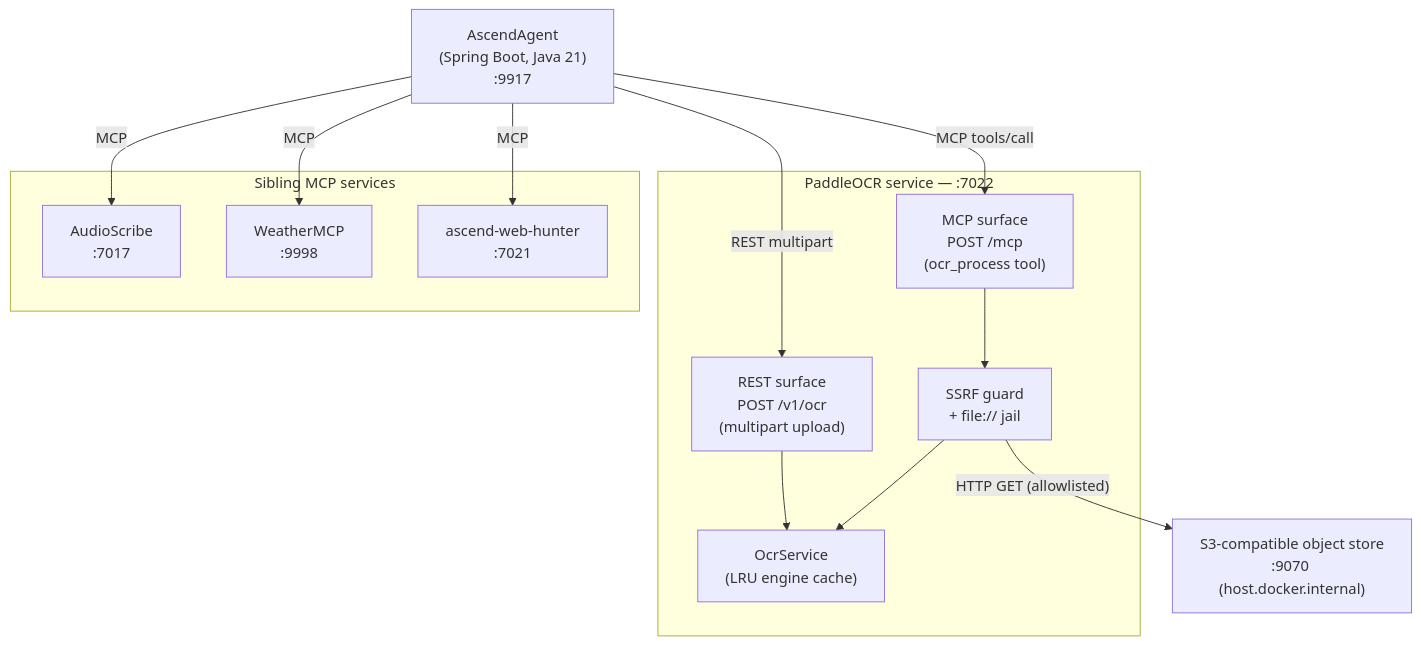
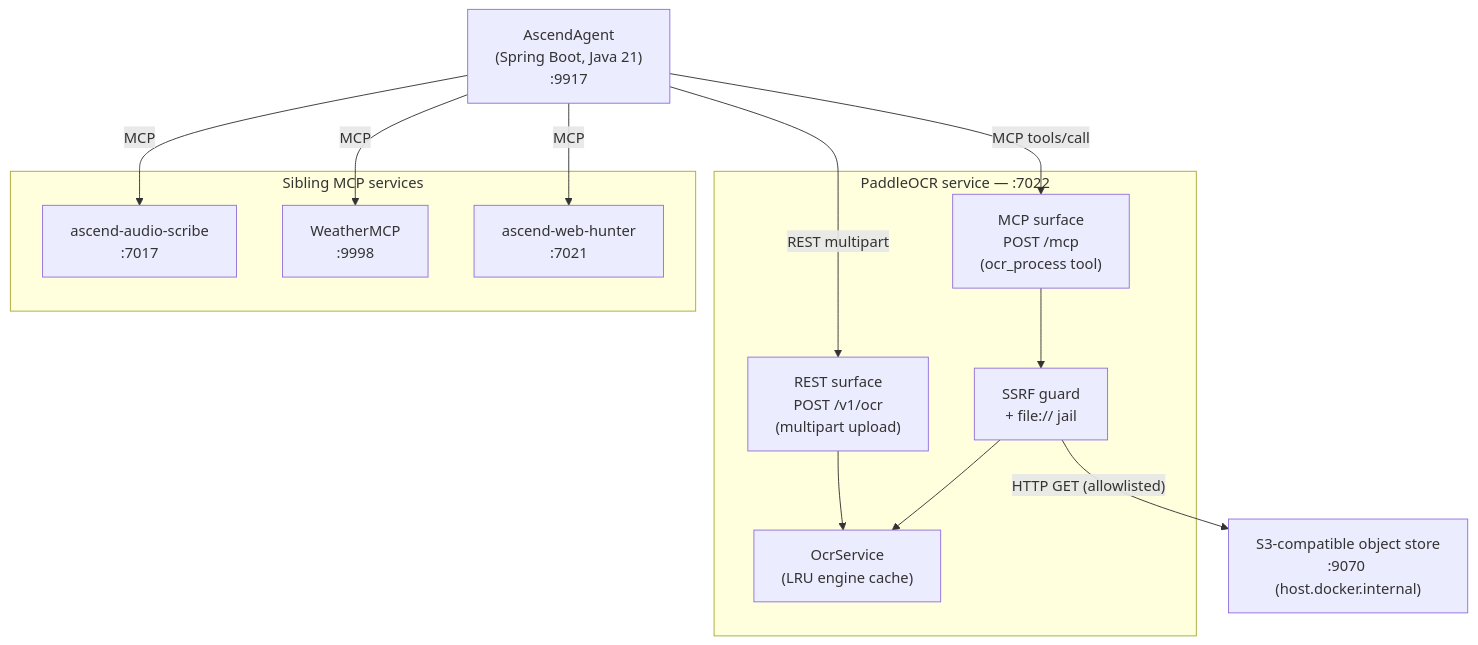
Before and after one commit to Lukk17/AscendAI: the first of 2 diagrams in PaddleOCR/docs/architecture/diagrams/container-diagram.md, drawn with Mermaid. The commit also changed 218 other files, not shown here.

````diff
--- a/PaddleOCR/docs/architecture/diagrams/container-diagram.md
+++ b/PaddleOCR/docs/architecture/diagrams/container-diagram.md
@@ -7,31 +7,31 @@
 ```mermaid
 graph TB
     accTitle: PaddleOCR C4 Container Diagram
     accDescr: Shows PaddleOCR's position in the AscendAI platform, its callers, and its downstream dependencies.
 
     Agent["AscendAgent<br/>(Spring Boot, Java 21)<br/>:9917"]
     ObjectStore["S3-compatible object store<br/>:9070 (host.docker.internal)"]
 
     subgraph "PaddleOCR service — :7022"
         REST["REST surface<br/>POST /v1/ocr<br/>(multipart upload)"]
         MCP["MCP surface<br/>POST /mcp<br/>(ocr_process tool)"]
         OCRSvc["OcrService<br/>(LRU engine cache)"]
         Guard["SSRF guard<br/>+ file:// jail"]
     end
 
     subgraph "Sibling MCP services"
-        AudioScribe["AudioScribe<br/>:7017"]
+        AudioScribe["ascend-audio-scribe<br/>:7017"]
         WeatherMCP["WeatherMCP<br/>:9998"]
         WebHunter["ascend-web-hunter<br/>:7021"]
     end
 
     Agent -->|"MCP tools/call"| MCP
     Agent -->|"REST multipart"| REST
     REST --> OCRSvc
     MCP --> Guard
     Guard -->|"HTTP GET (allowlisted)"| ObjectStore
     Guard --> OCRSvc
     Agent -->|"MCP"| AudioScribe
     Agent -->|"MCP"| WeatherMCP
     Agent -->|"MCP"| WebHunter
 ```
````
